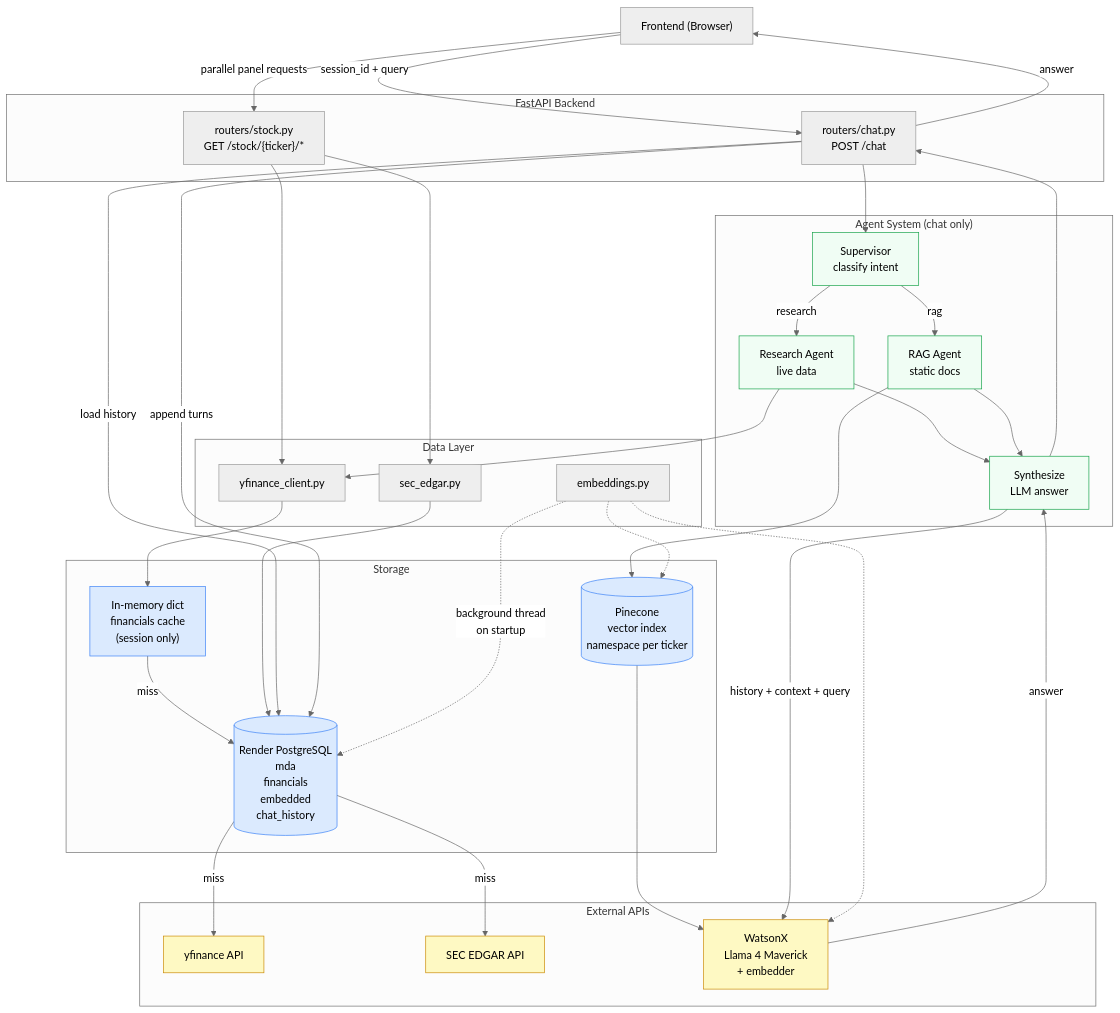
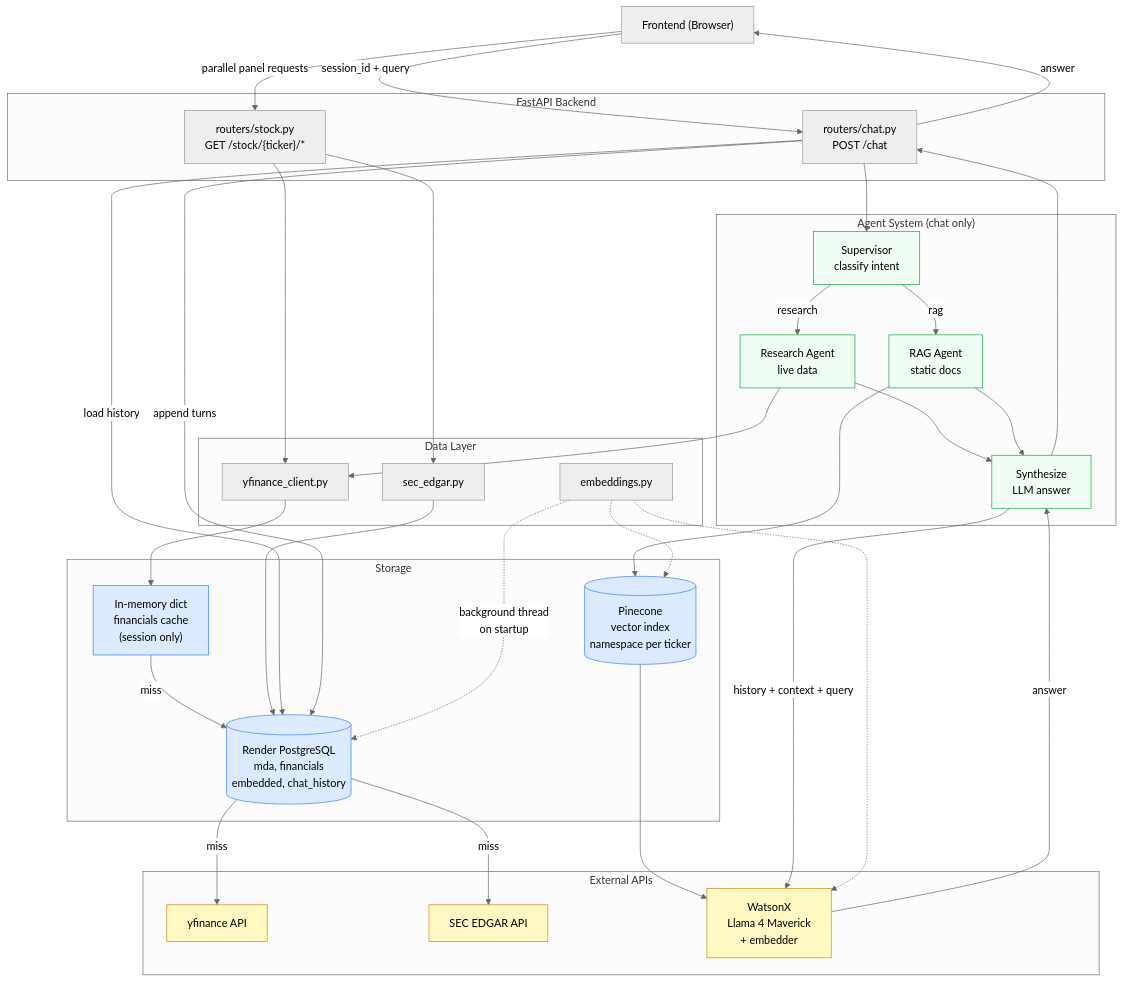
One commit to stock-dashboard-ai/stock-dashboard-backend changed the diagram in README.md. Above: the diagram before and after it, drawn with Mermaid (neutral theme). The commit also changed other lines of this file and 6 other files, not shown here.

````diff
--- a/README.md
+++ b/README.md
@@ -29,73 +66,69 @@
 ```mermaid
 flowchart TD
     FE["Frontend (Browser)"]
 
     subgraph API ["FastAPI Backend"]
         STOCK["routers/stock.py\nGET /stock/{ticker}/*"]
         CHAT["routers/chat.py\nPOST /chat"]
     end
 
     subgraph Agents ["Agent System (chat only)"]
         SUP["Supervisor\nclassify intent"]
         RA["Research Agent\nlive data"]
         RAG["RAG Agent\nstatic docs"]
         SYN["Synthesize\nLLM answer"]
     end
 
     subgraph DataLayer ["Data Layer"]
         YF["yfinance_client.py"]
         SEC["sec_edgar.py"]
         EMB["embeddings.py"]
     end
 
     subgraph Storage ["Storage"]
         MEM["In-memory dict\nfinancials cache\n(session only)"]
-        PG[("Render PostgreSQL\nmda\nfinancials\nembedded\nchat_history")]
+        PG[("Render PostgreSQL\nmda, financials\nembedded, chat_history")]
         PC[("Pinecone\nvector index\nnamespace per ticker")]
     end
 
     subgraph External ["External APIs"]
         YFAPI["yfinance API"]
         EDGARAPI["SEC EDGAR API"]
         WX["WatsonX\nLlama 4 Maverick\n+ embedder"]
     end
 
-    %% Dashboard flow
     FE -->|"parallel panel requests"| STOCK
     STOCK --> YF
     STOCK --> SEC
     YF --> MEM
     MEM -->|miss| PG
     PG -->|miss| YFAPI
     SEC --> PG
     PG -->|miss| EDGARAPI
 
-    %% Chat flow
     FE -->|"session_id + query"| CHAT
     CHAT -->|"load history"| PG
     CHAT --> SUP
     SUP -->|"research"| RA
     SUP -->|"rag"| RAG
     RA --> YF
     RAG --> PC
     PC --> WX
     RA & RAG --> SYN
     SYN -->|"history + context + query"| WX
     WX -->|answer| SYN
     SYN --> CHAT
     CHAT -->|"append turns"| PG
     CHAT -->|answer| FE
 
-    %% Startup embedding (background)
     EMB -.->|"background thread\non startup"| PG
     EMB -.-> WX
     EMB -.-> PC
 
-    %% Styles
     classDef storage fill:#dbeafe,stroke:#3b82f6
     classDef external fill:#fef9c3,stroke:#ca8a04
     classDef agent fill:#f0fdf4,stroke:#16a34a
     class PG,PC,MEM storage
     class YFAPI,EDGARAPI,WX external
     class SUP,RA,RAG,SYN agent
 ```
````
